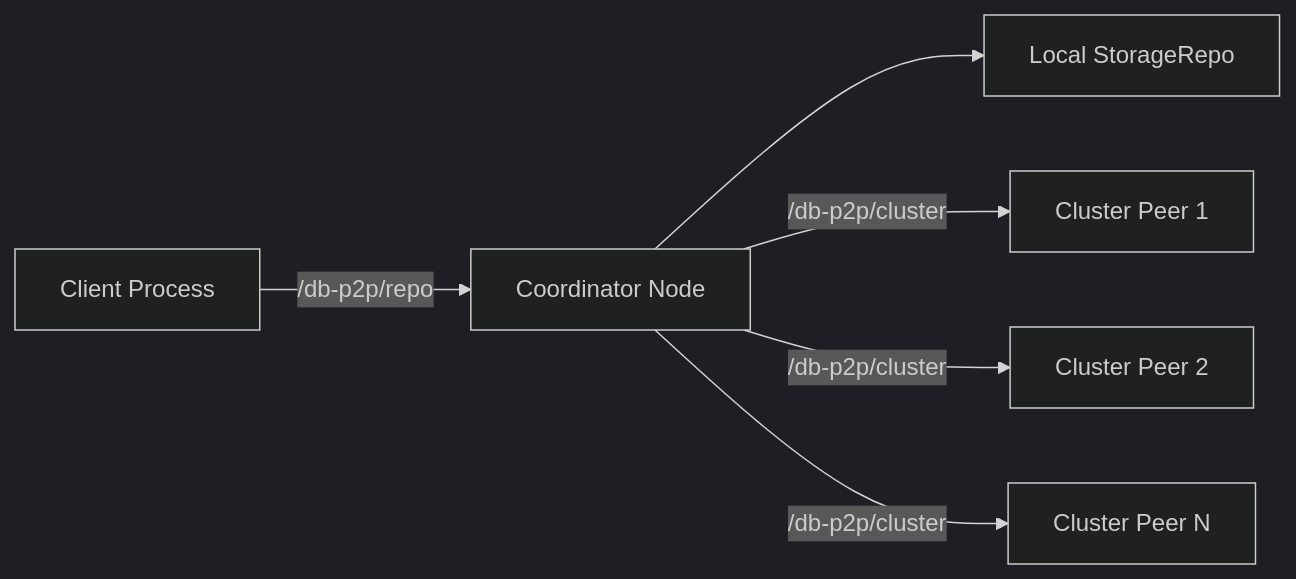
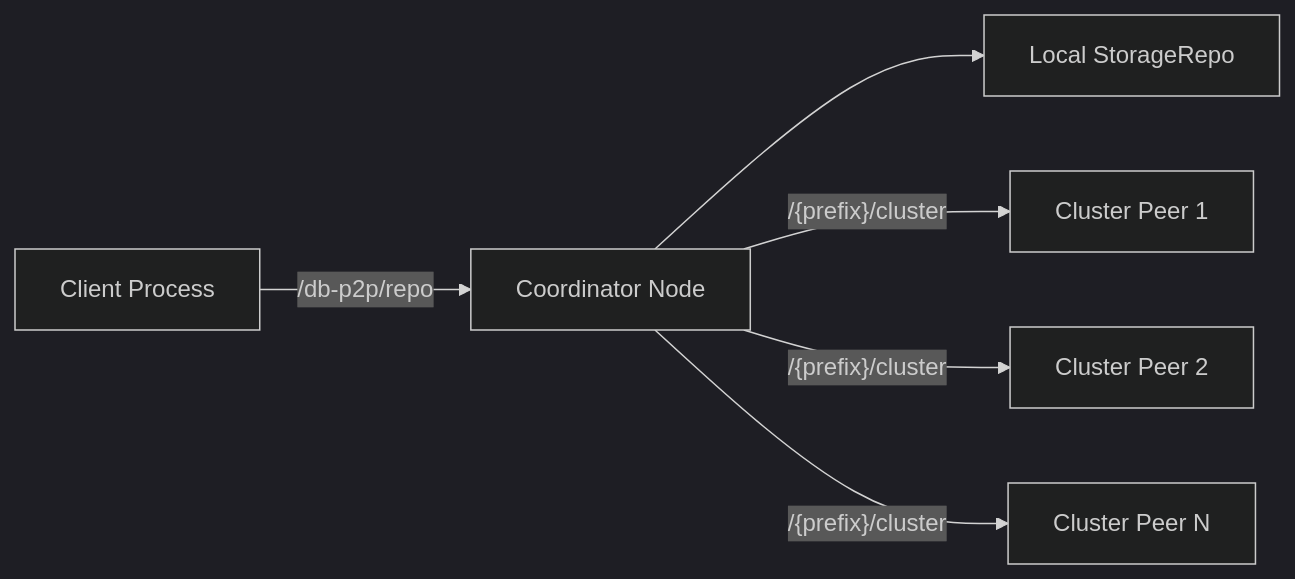
The diagram in docs/architecture.md (gotchoices/Optimystic), drawn with Mermaid (dark theme) before and after one commit. The commit also changed other lines of this file and 10 other files, not shown here.

````diff
--- a/docs/architecture.md
+++ b/docs/architecture.md
@@ -155,8 +155,8 @@
 ```mermaid
 graph LR
     Client[Client Process] -->|/db-p2p/repo| Coord[Coordinator Node]
     Coord --> SR1[Local StorageRepo]
-    Coord -->|/db-p2p/cluster| P1[Cluster Peer 1]
-    Coord -->|/db-p2p/cluster| P2[Cluster Peer 2]
-    Coord -->|/db-p2p/cluster| P3[Cluster Peer N]
+    Coord -->|"/{prefix}/cluster"| P1[Cluster Peer 1]
+    Coord -->|"/{prefix}/cluster"| P2[Cluster Peer 2]
+    Coord -->|"/{prefix}/cluster"| P3[Cluster Peer N]
 ```
````
